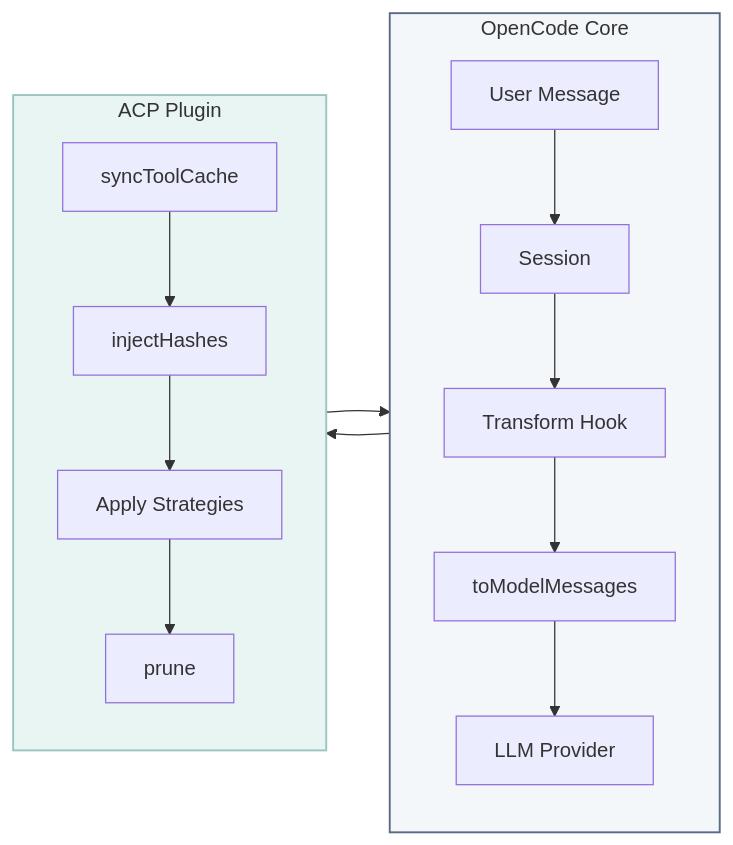
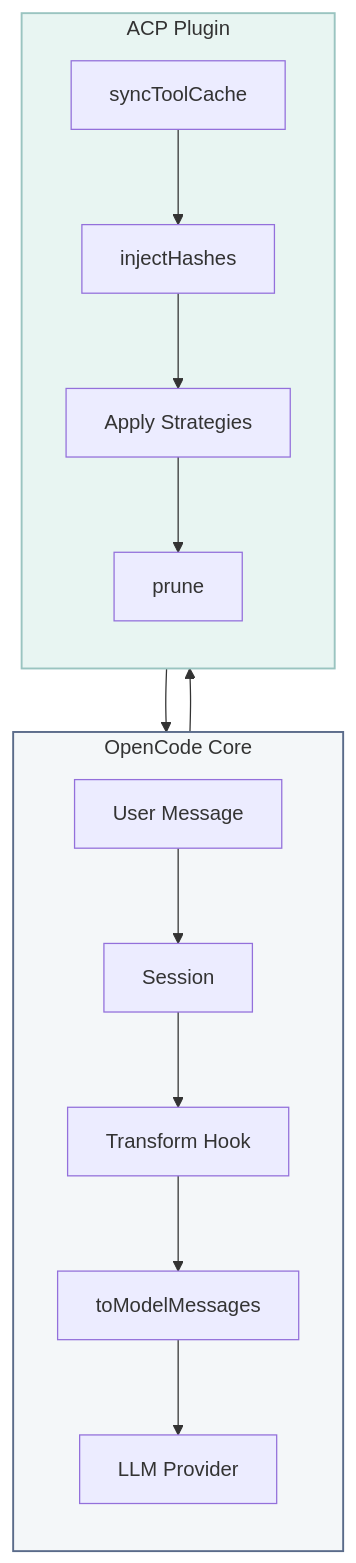
The second of 2 diagrams in README.md (tuanhung303/opencode-agent-context-pruning), drawn with Mermaid before and after one commit. The commit also changed other lines of this file and 4 other files, not shown here.

First line of the commit message:
docs: overhaul README with visual diagrams and v3.0.0 release

````diff
--- a/README.md
+++ b/README.md
@@ -361,22 +371,22 @@
 ```mermaid
-flowchart LR
+flowchart TD
     subgraph OpenCode["OpenCode Core"]
         direction TB
         A[User Message] --> B[Session]
         B --> C[Transform Hook]
         C --> D[toModelMessages]
         D --> E[LLM Provider]
     end
 
     subgraph ACP["ACP Plugin"]
         direction TB
         C --> F[syncToolCache]
         F --> G[injectHashes]
         G --> H[Apply Strategies]
         H --> I[prune]
         I --> C
     end
 
     style OpenCode fill:#F4F7F9,stroke:#5A6B8A,stroke-width:1.5px
     style ACP fill:#E8F5F2,stroke:#9AC4C0,stroke-width:1.5px
 ```
````
